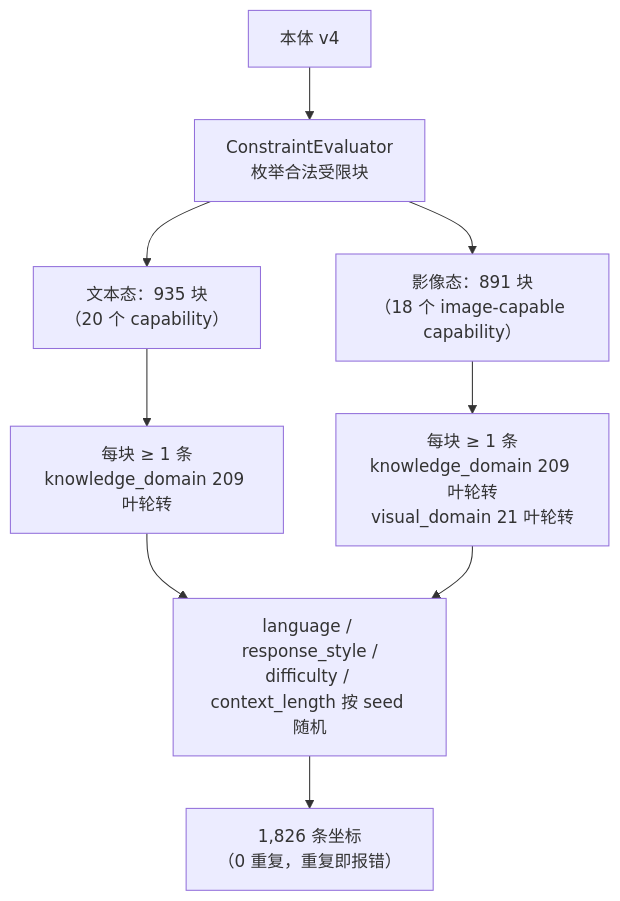
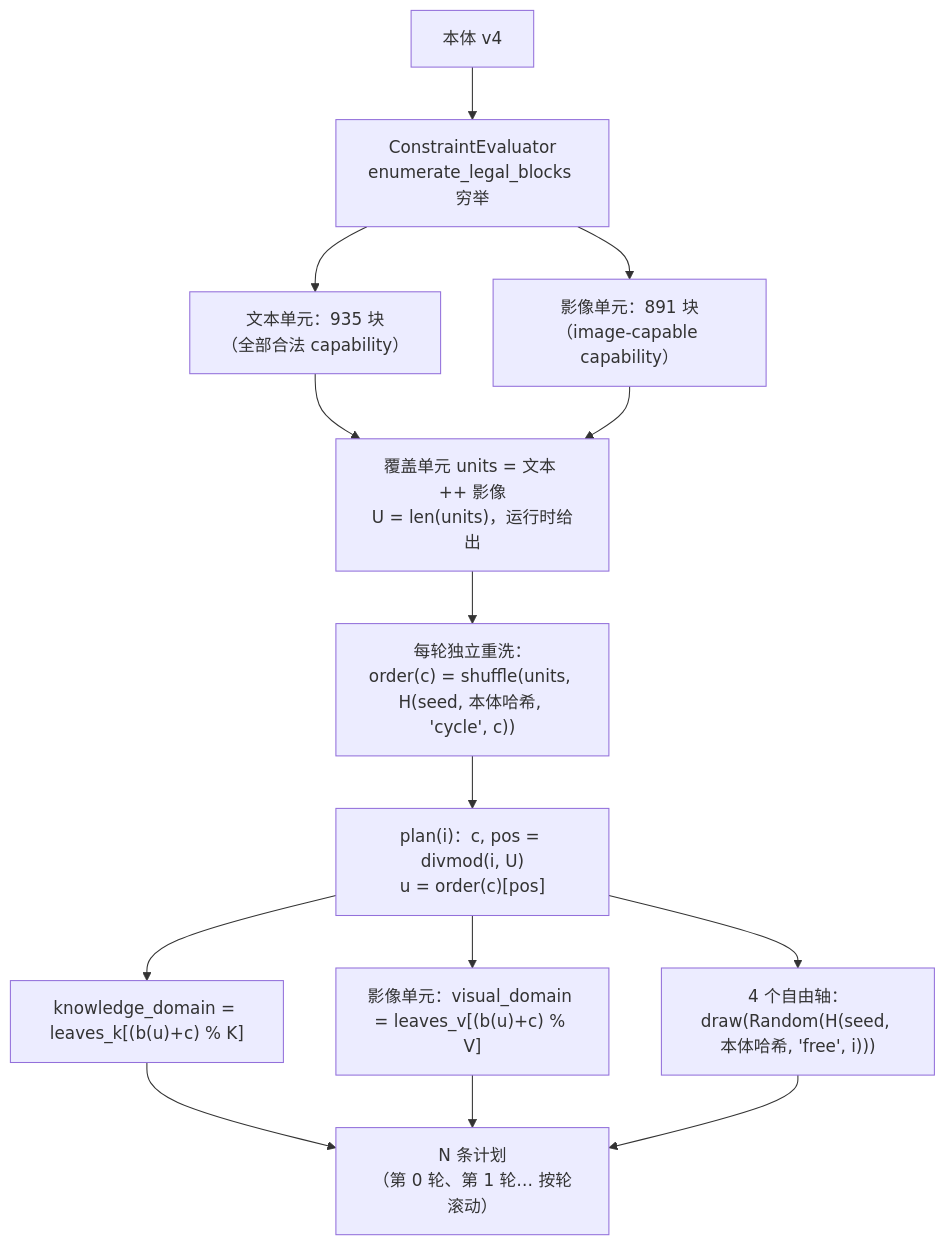
One commit to godthrone/anchor-replay-distillation changed the diagram in docs/algorithm.md. Above: the diagram before and after it, drawn with Mermaid. The commit also changed other lines of this file and 9 other files, not shown here.

````diff
--- a/docs/algorithm.md
+++ b/docs/algorithm.md
@@ -37,11 +62,16 @@
 ```mermaid
 flowchart TD
-    A["本体 v4"] --> B["ConstraintEvaluator<br/>枚举合法受限块"]
-    B --> C["文本态：935 块<br/>（20 个 capability）"]
-    B --> D["影像态：891 块<br/>（18 个 image-capable capability）"]
-    C --> E["每块 ≥ 1 条<br/>knowledge_domain 209 叶轮转"]
-    D --> F["每块 ≥ 1 条<br/>knowledge_domain 209 叶轮转<br/>visual_domain 21 叶轮转"]
-    E --> G["language / response_style /<br/>difficulty / context_length 按 seed 随机"]
-    F --> G
-    G --> H["1,826 条坐标<br/>（0 重复，重复即报错）"]
+    A["本体 v4"] --> B["ConstraintEvaluator<br/>enumerate_legal_blocks 穷举"]
+    B --> C["文本单元：935 块<br/>（全部合法 capability）"]
+    B --> D["影像单元：891 块<br/>（image-capable capability）"]
+    C --> U["覆盖单元 units = 文本 ++ 影像<br/>U = len(units)，运行时给出"]
+    D --> U
+    U --> O["每轮独立重洗：<br/>order(c) = shuffle(units, H(seed, 本体哈希, 'cycle', c))"]
+    O --> P["plan(i)：c, pos = divmod(i, U)<br/>u = order(c)[pos]"]
+    P --> K["knowledge_domain = leaves_k[(b(u)+c) % K]"]
+    P --> V["影像单元：visual_domain = leaves_v[(b(u)+c) % V]"]
+    P --> F["4 个自由轴：draw(Random(H(seed, 本体哈希, 'free', i)))"]
+    K --> R["N 条计划<br/>（第 0 轮、第 1 轮… 按轮滚动）"]
+    V --> R
+    F --> R
 ```
````
